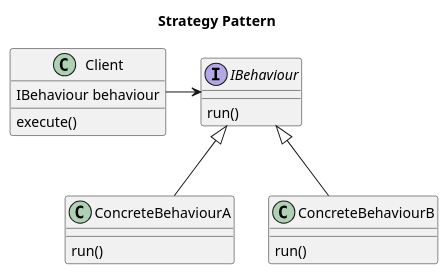
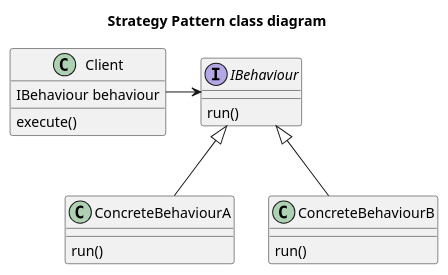
One commit to nsanitate/design-pattern changed the diagram in strategy/doc/explaination/class.puml. Above: the diagram before and after it, drawn with PlantUML. The commit also changed 1 other file, not shown here.

Commit message:
docs(strategy): added titles to diagrams

```diff
--- a/strategy/doc/explaination/class.puml
+++ b/strategy/doc/explaination/class.puml
@@ -1,23 +1,23 @@
-@startuml Strategy Pattern
-title Strategy Pattern
+@startuml Strategy Pattern class diagram
+title Strategy Pattern class diagram
 class Client {
     IBehaviour behaviour
     execute()
 }
 
 interface IBehaviour {
     run()
 }
 
 class ConcreteBehaviourA {
     run()
 }
 
 class ConcreteBehaviourB {
     run()
 }
 
 Client -> IBehaviour
 IBehaviour <|-- ConcreteBehaviourA
 IBehaviour <|-- ConcreteBehaviourB
 @enduml
```
